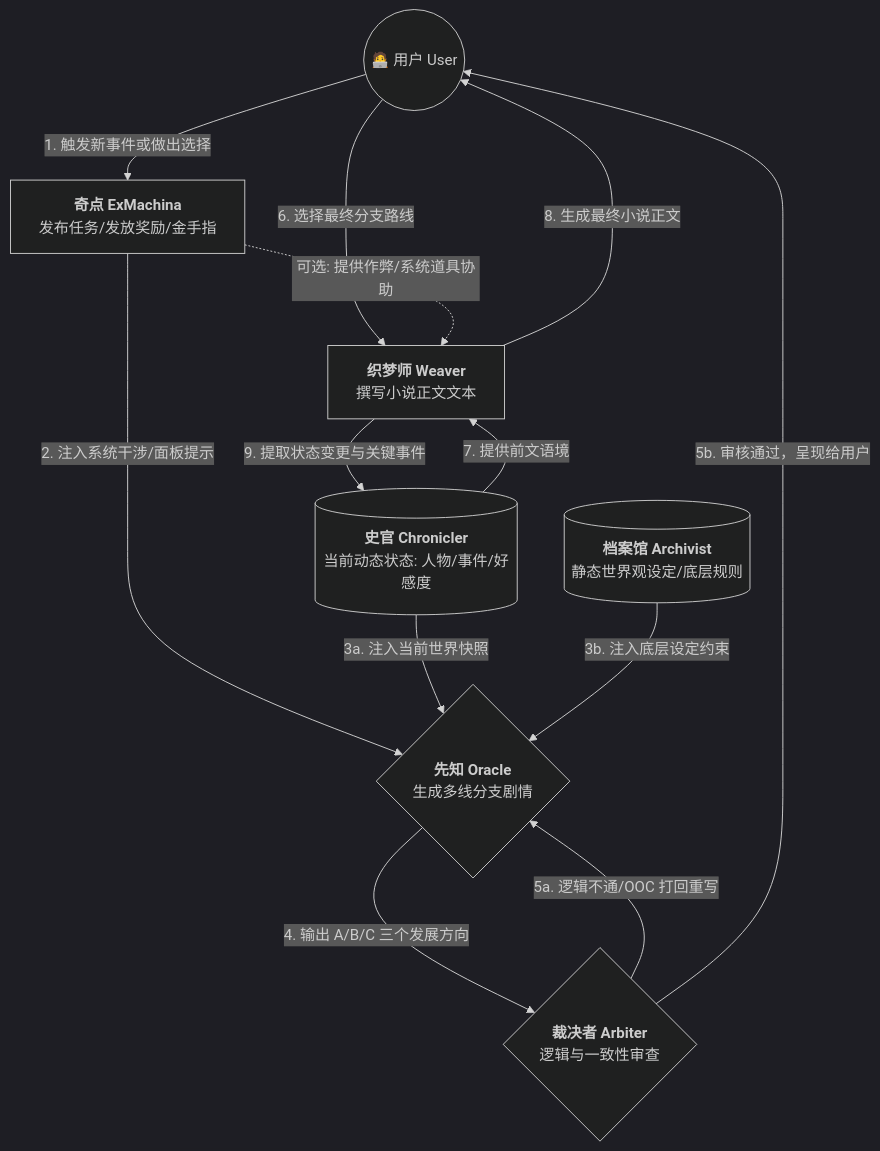
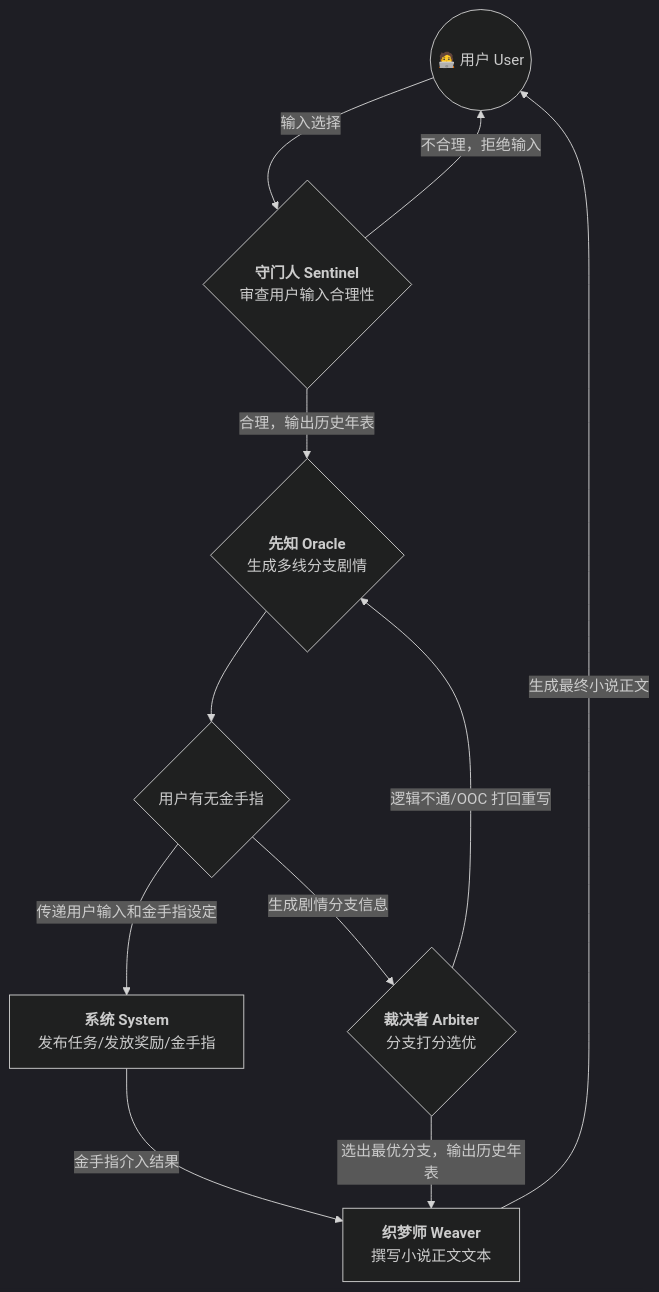
Before and after one commit to Yesifan/planb: the second of 2 diagrams in planb/README.md, drawn with Mermaid (dark theme). The commit also changed other lines of this file and 24 other files, not shown here.

````diff
--- a/planb/README.md
+++ b/planb/README.md
@@ -43,30 +56,21 @@
 ```mermaid
 graph TD
     %% 定义节点与样式
     User((🧑‍💻 用户 User))
-    System[<b>奇点 ExMachina</b><br>发布任务/发放奖励/金手指]
-    Chronicler[(<b>史官 Chronicler</b><br>当前动态状态: 人物/事件/好感度)]
-    Archivist[(<b>档案馆 Archivist</b><br>静态世界观设定/底层规则)]
+    System[<b>系统 System</b><br>发布任务/发放奖励/金手指]
+    Sentinel{<b>守门人 Sentinel</b><br>审查用户输入合理性}
     Oracle{<b>先知 Oracle</b><br>生成多线分支剧情}
-    Arbiter{<b>裁决者 Arbiter</b><br>逻辑与一致性审查}
+    Arbiter{<b>裁决者 Arbiter</b><br>分支打分选优}
     Weaver[<b>织梦师 Weaver</b><br>撰写小说正文文本]
-
     %% 核心交互流程
-    User -->|1. 触发新事件或做出选择| System
-    System -->|2. 注入系统干涉/面板提示| Oracle
-    Chronicler -->|3a. 注入当前世界快照| Oracle
-    Archivist -->|3b. 注入底层设定约束| Oracle
-
-    Oracle -->|4. 输出 A/B/C 三个发展方向| Arbiter
-    Arbiter -->|5a. 逻辑不通/OOC 打回重写| Oracle
-    Arbiter -->|5b. 审核通过，呈现给用户| User
-
-    User -->|6. 选择最终分支路线| Weaver
-    System -.->|可选: 提供作弊/系统道具协助| Weaver
-    Chronicler -->|7. 提供前文语境| Weaver
-
-    Weaver -->|8. 生成最终小说正文| User
-
-    %% 状态更新闭环
-    Weaver -->|9. 提取状态变更与关键事件| Chronicler
+    User -->|输入选择| Sentinel
+    Sentinel -->|不合理，拒绝输入| User
+    Sentinel -->|合理，输出历史年表| Oracle
+    Oracle --> B{用户有无金手指}
+    B --> |传递用户输入和金手指设定| System
+    B --> |生成剧情分支信息| Arbiter
+    Arbiter -->|逻辑不通/OOC 打回重写| Oracle
+    Arbiter -->|选出最优分支，输出历史年表| Weaver
+    System -->|金手指介入结果| Weaver
+    Weaver -->|生成最终小说正文| User
 ```
````
